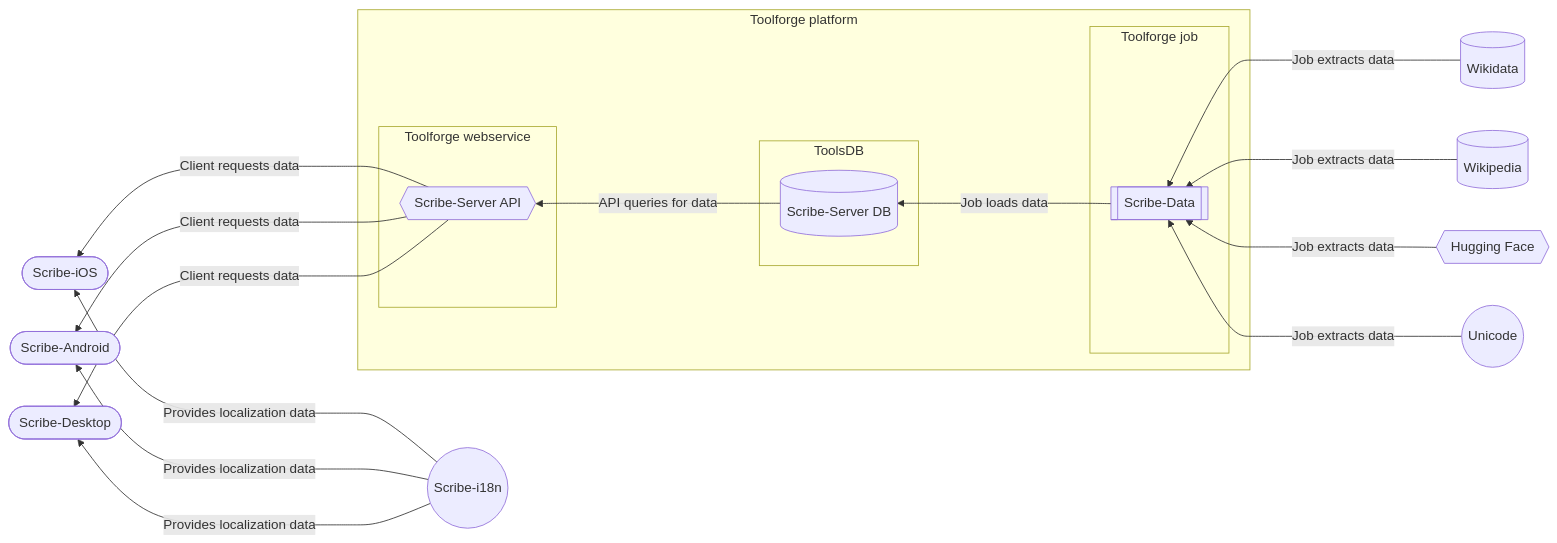
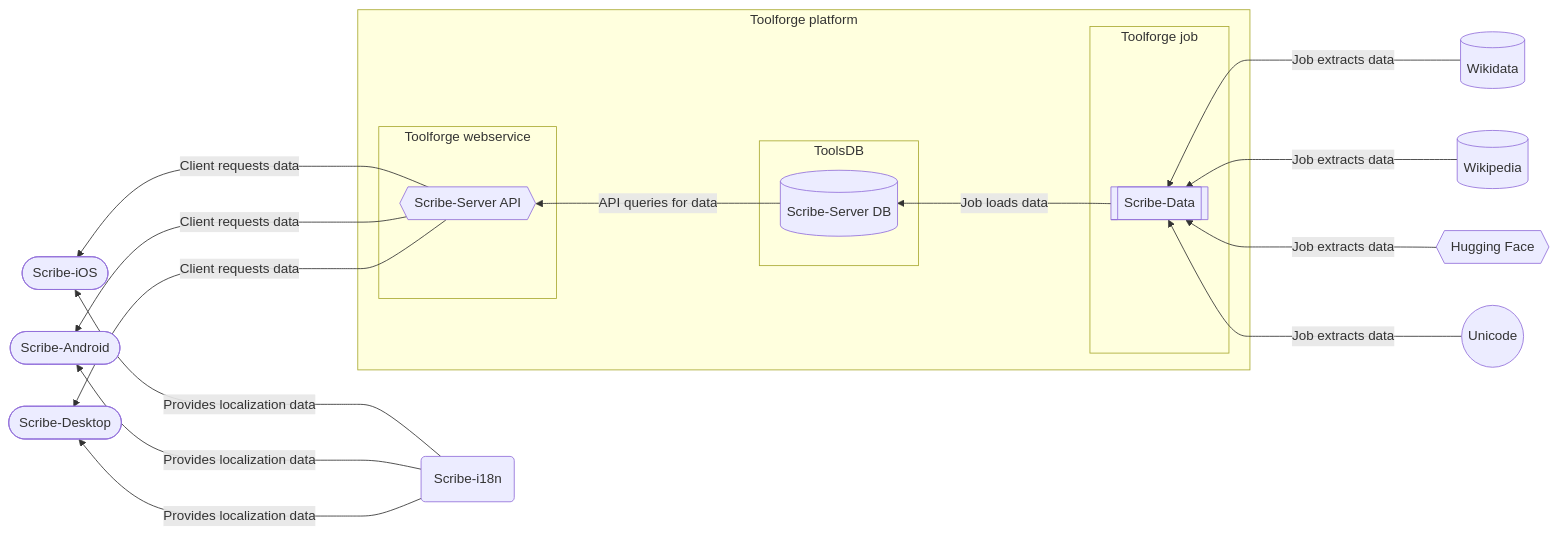
Before and after one commit to scribe-org/Organization: the first of 2 diagrams in ARCHITECTURE.md, drawn with Mermaid.

Commit message:
docs: Update Scribe-i18n entity to a `()` mermaid.js node

````diff
--- a/ARCHITECTURE.md
+++ b/ARCHITECTURE.md
@@ -18,46 +18,46 @@
 ```mermaid
     graph RL
         %%%%
         %% ENTITIES
 
         %% Scribe clients
         IOS([Scribe-iOS])
         ADR([Scribe-Android])
         DSK([Scribe-Desktop])
 
         %% Client dependencies
-        I18N((Scribe-i18n))
+        I18N(Scribe-i18n)
 
         %% Scribe data/service
         API{{Scribe-Server API}}
         DBS[(Scribe-Server DB)]
         DAT[[Scribe-Data]]
 
         %% Data sources
         WKD[(Wikidata)]
         WKP[(Wikipedia)]
         HGF{{Hugging Face}}
         UNI((Unicode))
 
         %% Toolforge (WMCS)
         subgraph TFP [Toolforge platform]
             subgraph TFW [Toolforge webservice]
                 API
             end
             subgraph TDB [ToolsDB]
                 DBS
             end
             subgraph TFJ [Toolforge job]
                 DAT
             end
         end
 
         %%%%
         %% DATA FLOW
 
         I18N --->|Provides localization data| IOS & ADR & DSK
         API --->|Client requests data| IOS & ADR & DSK
         DBS --->|API queries for data| API
         DAT --->|Job loads data| DBS
         WKD & WKP & HGF & UNI --->|Job extracts data| DAT
 ```
````
